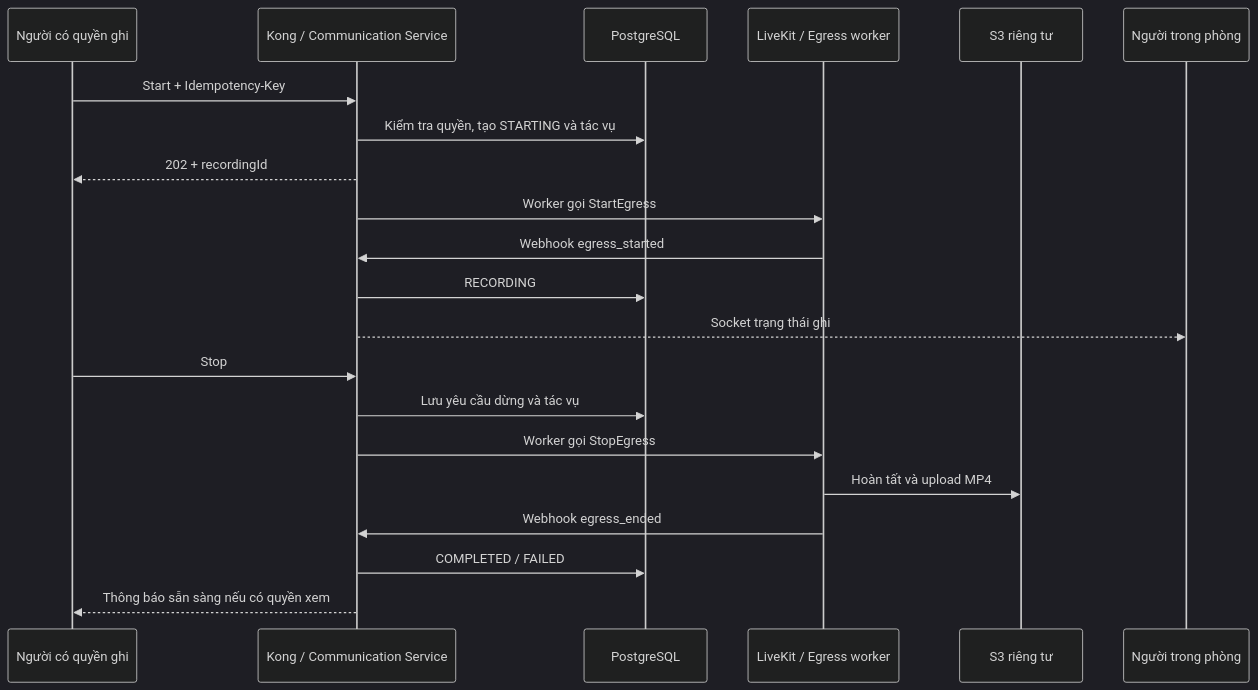
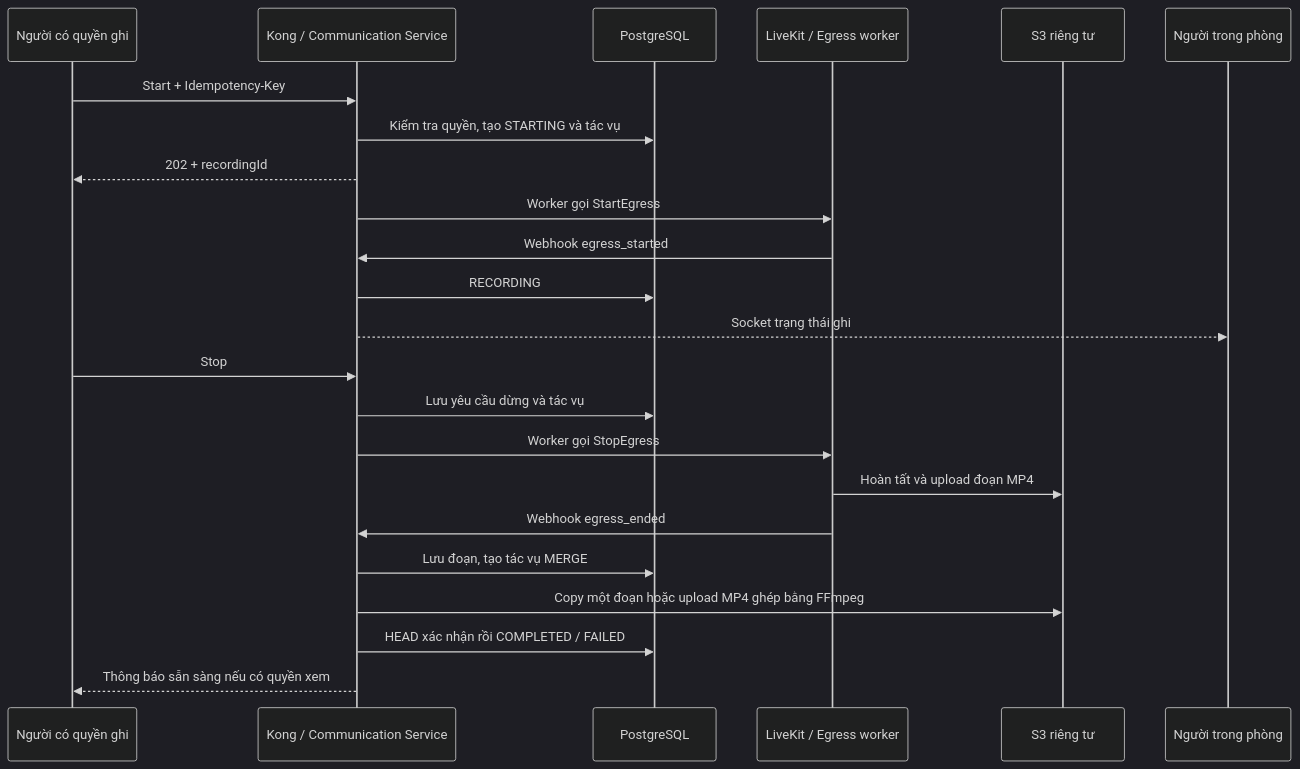
The diagram in meeting-recording-spec.md (phamthanhtrivn/workspace_hub), drawn with Mermaid (dark theme) before and after one commit. The commit also changed other lines of this file and 56 other files, not shown here.

````diff
--- a/meeting-recording-spec.md
+++ b/meeting-recording-spec.md
@@ -33,23 +36,25 @@
 ```mermaid
 sequenceDiagram
     participant U as Người có quyền ghi
     participant API as Kong / Communication Service
     participant DB as PostgreSQL
     participant E as LiveKit / Egress worker
     participant S as S3 riêng tư
     participant C as Người trong phòng
     U->>API: Start + Idempotency-Key
     API->>DB: Kiểm tra quyền, tạo STARTING và tác vụ
     API-->>U: 202 + recordingId
     API->>E: Worker gọi StartEgress
     E->>API: Webhook egress_started
     API->>DB: RECORDING
     API-->>C: Socket trạng thái ghi
     U->>API: Stop
     API->>DB: Lưu yêu cầu dừng và tác vụ
     API->>E: Worker gọi StopEgress
-    E->>S: Hoàn tất và upload MP4
+    E->>S: Hoàn tất và upload đoạn MP4
     E->>API: Webhook egress_ended
-    API->>DB: COMPLETED / FAILED
+    API->>DB: Lưu đoạn, tạo tác vụ MERGE
+    API->>S: Copy một đoạn hoặc upload MP4 ghép bằng FFmpeg
+    API->>DB: HEAD xác nhận rồi COMPLETED / FAILED
     API-->>U: Thông báo sẵn sàng nếu có quyền xem
 ```
````
